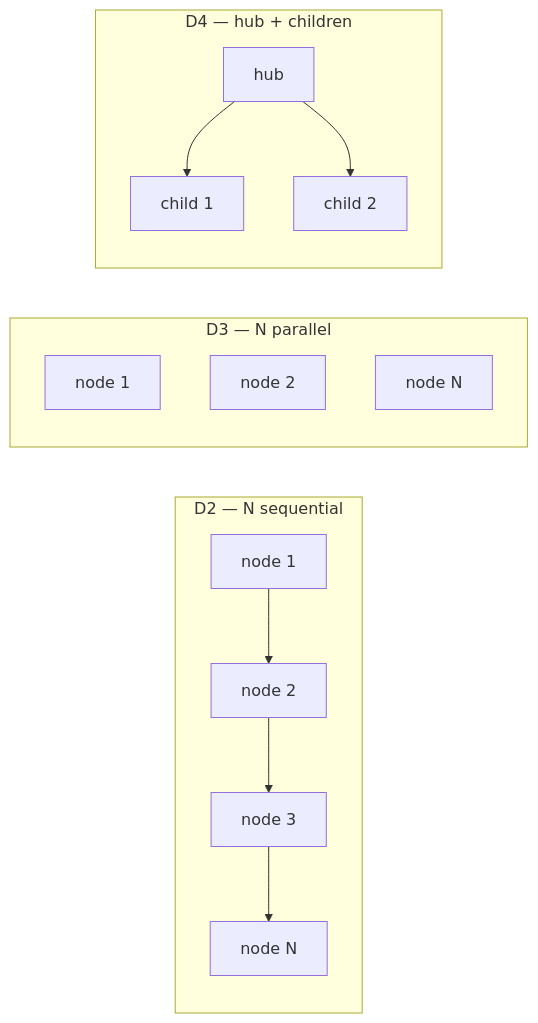
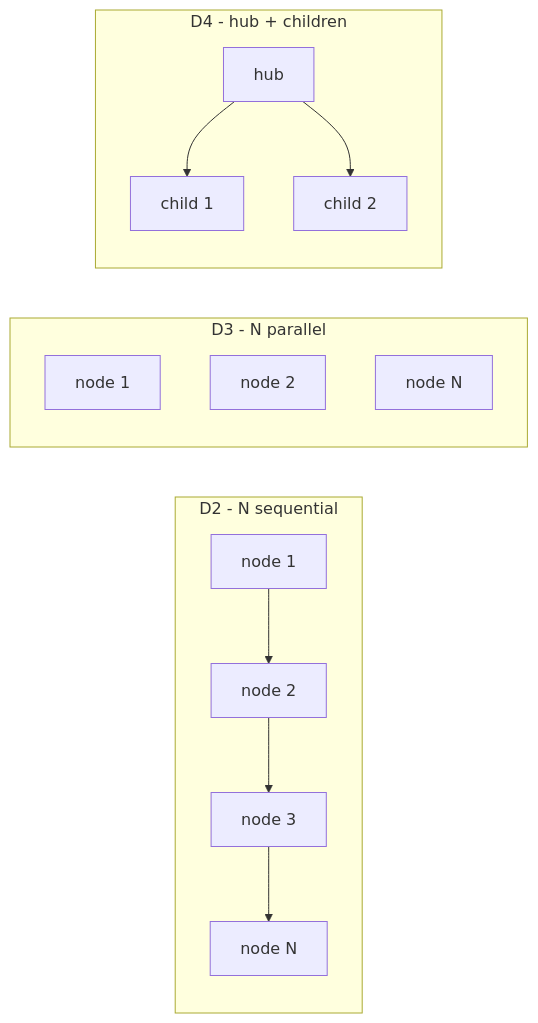
Before and after one commit to jakbuczarnecki/intergrax: the third of 3 diagrams in docs/project/architecture/satellites/ORCHESTRATION_production_gates.md, drawn with Mermaid. The commit also changed other lines of this file and 863 other files, not shown here.

````diff
--- a/docs/project/architecture/satellites/ORCHESTRATION_production_gates.md
+++ b/docs/project/architecture/satellites/ORCHESTRATION_production_gates.md
@@ -736,15 +736,15 @@
 ```mermaid
 flowchart LR
-    subgraph Sequential["D2 — N sequential"]
+    subgraph Sequential["D2 - N sequential"]
         n1["node 1"] --> n2["node 2"] --> n3["node 3"] --> nN["node N"]
     end
-    subgraph Parallel["D3 — N parallel"]
+    subgraph Parallel["D3 - N parallel"]
         p1["node 1"]
         p2["node 2"]
         pN["node N"]
     end
-    subgraph Hierarchical["D4 — hub + children"]
+    subgraph Hierarchical["D4 - hub + children"]
         hub["hub"] --> c1["child 1"]
         hub --> c2["child 2"]
     end
 ```
````
